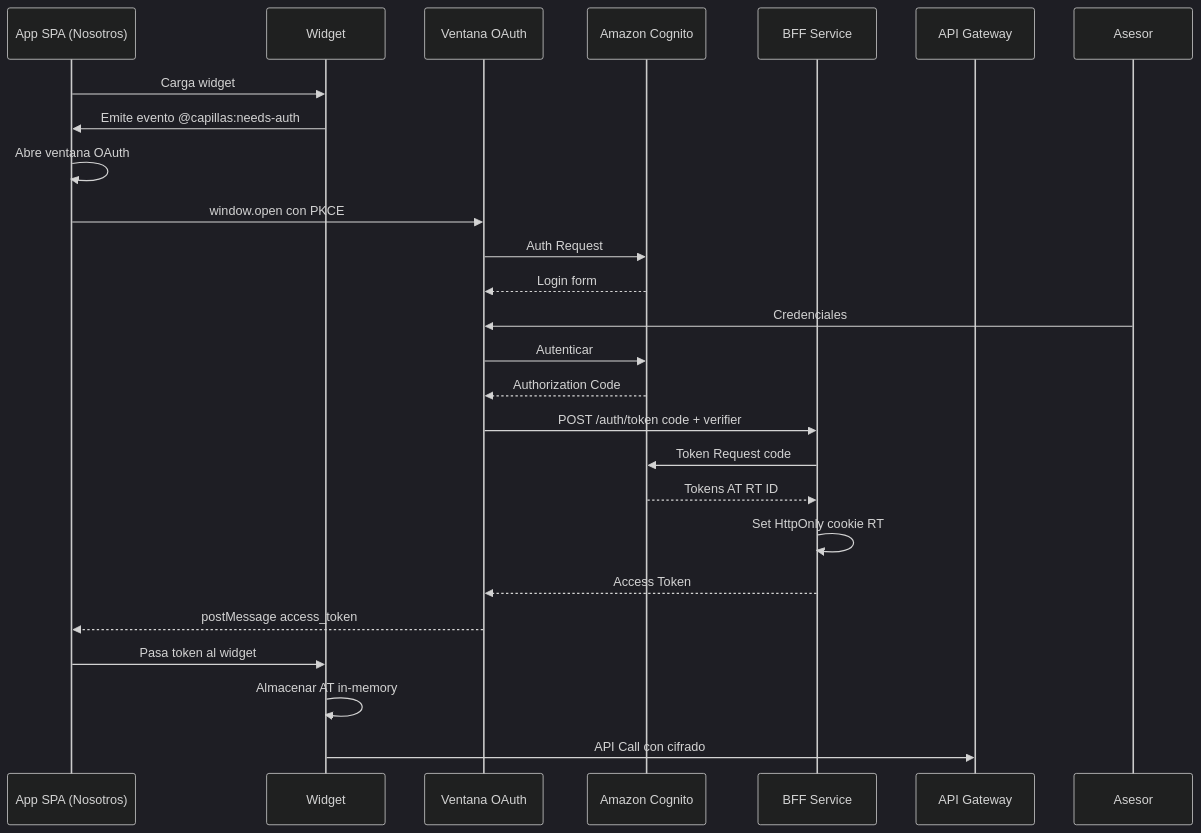
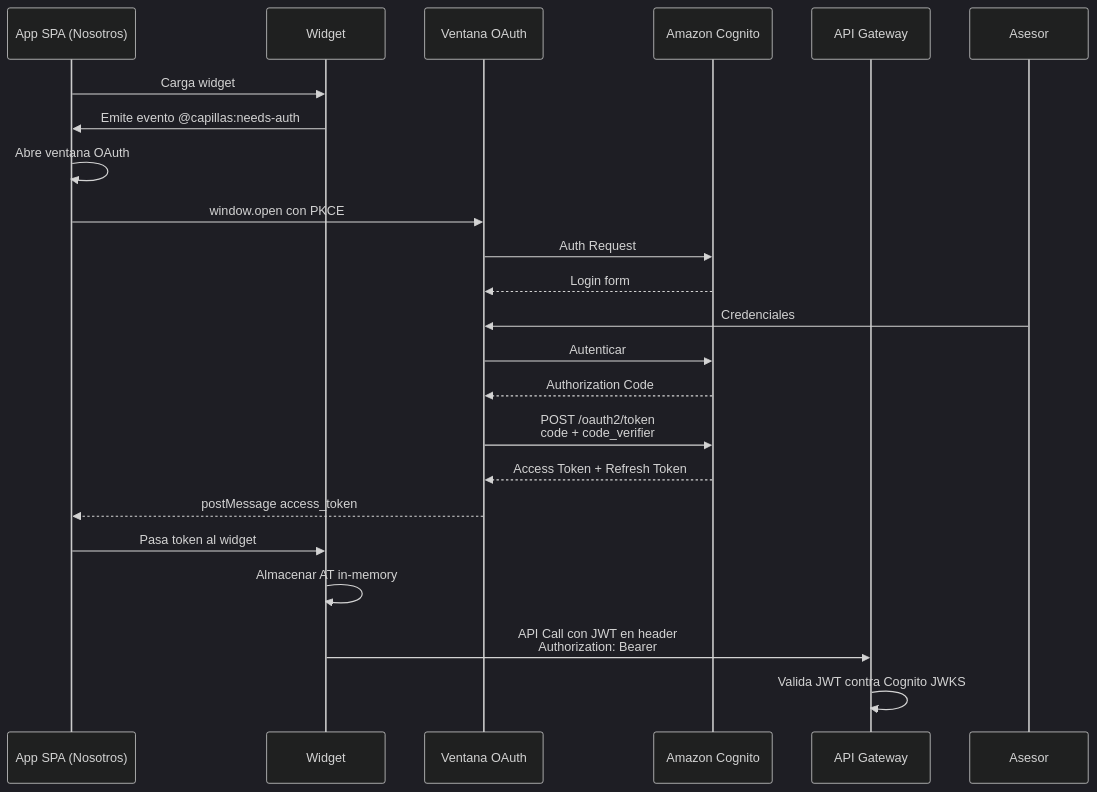
Before and after one commit to johnruedal96/capillas: the fourth of 9 diagrams in docs/propuesta_tecnologica.md, drawn with Mermaid (dark theme). The commit also changed other lines of this file, not shown here.

````diff
--- a/docs/propuesta_tecnologica.md
+++ b/docs/propuesta_tecnologica.md
@@ -207,28 +210,25 @@
 ```mermaid
 sequenceDiagram
     participant App as App SPA (Nosotros)
     participant Widget as Widget
     participant Popup as Ventana OAuth
     participant Cognito as Amazon Cognito
-    participant BFF as BFF Service
     participant GW as API Gateway
 
     App->>Widget: Carga widget
     Widget->>App: Emite evento @capillas:needs-auth
     App->>App: Abre ventana OAuth
     App->>Popup: window.open con PKCE
     Popup->>Cognito: Auth Request
     Cognito-->>Popup: Login form
     Asesor->>Popup: Credenciales
     Popup->>Cognito: Autenticar
     Cognito-->>Popup: Authorization Code
-    Popup->>BFF: POST /auth/token code + verifier
-    BFF->>Cognito: Token Request code
-    Cognito-->>BFF: Tokens AT RT ID
-    BFF->>BFF: Set HttpOnly cookie RT
-    BFF-->>Popup: Access Token
+    Popup->>Cognito: POST /oauth2/token<br/>code + code_verifier
+    Cognito-->>Popup: Access Token + Refresh Token
     Popup-->>App: postMessage access_token
     App->>Widget: Pasa token al widget
     Widget->>Widget: Almacenar AT in-memory
-    Widget->>GW: API Call con cifrado
+    Widget->>GW: API Call con JWT en header<br/>Authorization: Bearer
+    GW->>GW: Valida JWT contra Cognito JWKS
 ```
````
